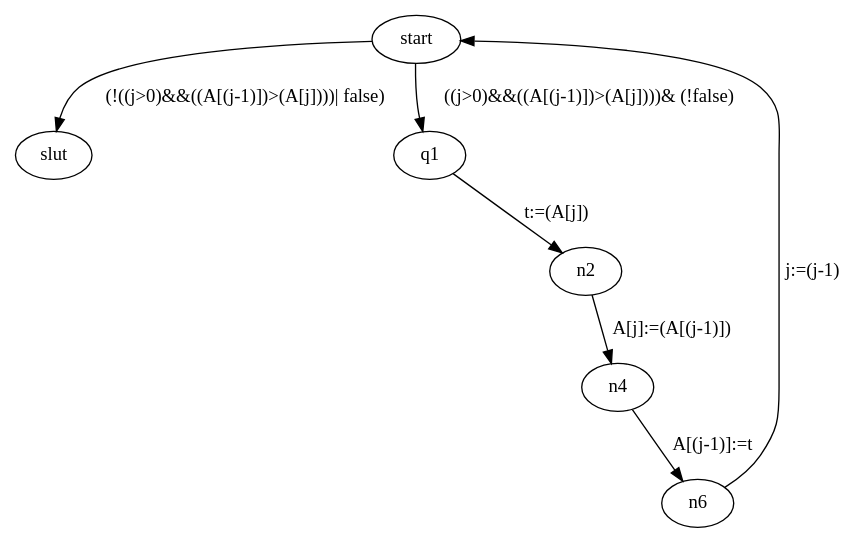
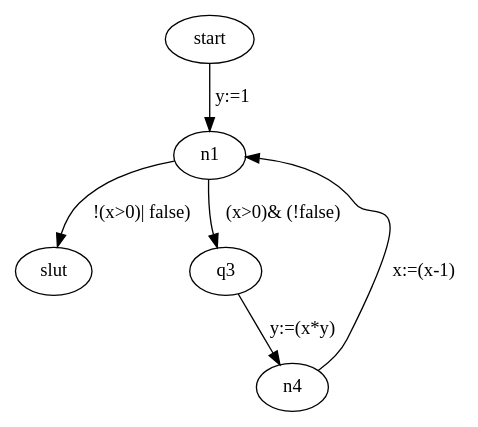
The diagram in Mandatory/Test.dot (yconsj/mandatory), drawn with Graphviz before and after one commit. The commit also changed 1 other file, not shown here.

```diff
--- a/Mandatory/Test.dot
+++ b/Mandatory/Test.dot
@@ -1,1 +1,1 @@
-digraph {start->slut[label= "(!((j>0)&&((A[(j-1)])>(A[j])))| false)"]start->q1[label= "((j>0)&&((A[(j-1)])>(A[j])))& (!false)"]q1->n2[label= "t:=(A[j])"]n2->n4[label= "A[j]:=(A[(j-1)])"]n4->n6[label= "A[(j-1)]:=t"]n6->start[label= "j:=(j-1)"]}
+digraph {start->n1[label= "y:=1"]n1->slut[label= "!(x>0)| false)"]n1->q3[label= "(x>0)& (!false)"]q3->n4[label= "y:=(x*y)"]n4->n1[label= "x:=(x-1)"]}
```
